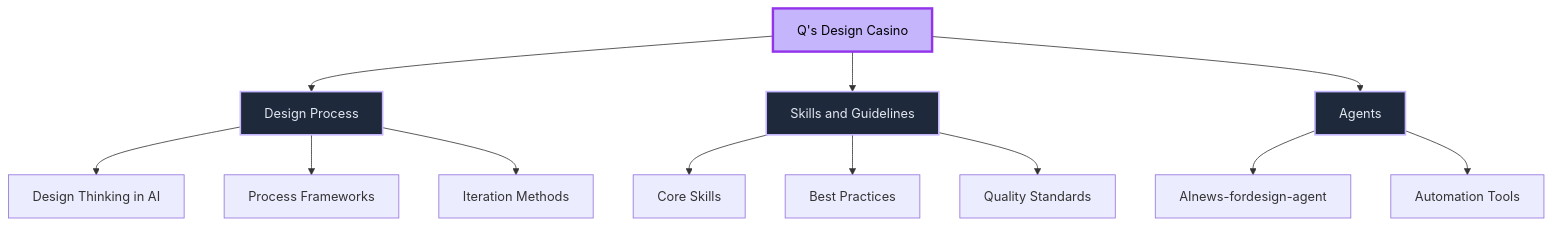
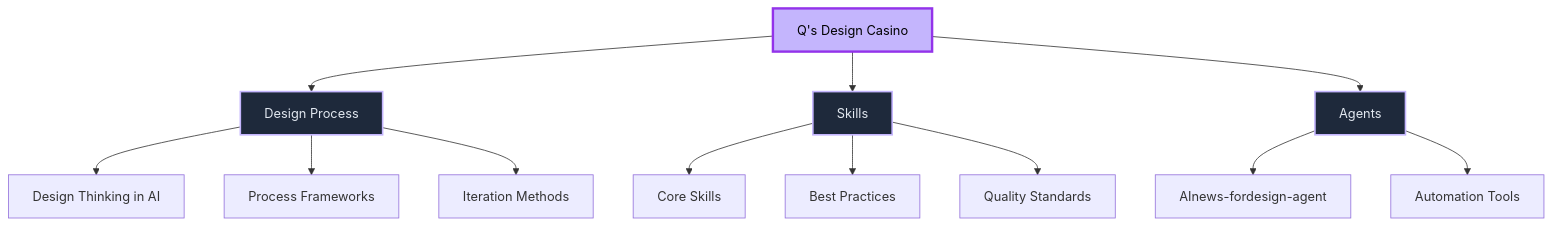
Before and after one commit to Quirinevwm/qs-design-casino: the diagram in README.md, drawn with Mermaid. The commit also changed other lines of this file and 2 other files, not shown here.

Commit message:
Rename skills-and-guidelines to skills
Simplified folder name for clarity.
Updated main README references and mermaid diagram.

````diff
--- a/README.md
+++ b/README.md
@@ -30,22 +30,22 @@
 ```mermaid
 graph TD
     A[Q's Design Casino] --> B[Design Process]
-    A --> C[Skills and Guidelines]
+    A --> C[Skills]
     A --> D[Agents]
     
     B --> B1[Design Thinking in AI]
     B --> B2[Process Frameworks]
     B --> B3[Iteration Methods]
     
     C --> C1[Core Skills]
     C --> C2[Best Practices]
     C --> C3[Quality Standards]
     
     D --> D1[AInews-fordesign-agent]
     D --> D2[Automation Tools]
     
     style A fill:#c4b5fd,stroke:#9333ea,stroke-width:3px,color:#000
     style B fill:#1e293b,stroke:#c4b5fd,stroke-width:2px,color:#e2e8f0
     style C fill:#1e293b,stroke:#c4b5fd,stroke-width:2px,color:#e2e8f0
     style D fill:#1e293b,stroke:#c4b5fd,stroke-width:2px,color:#e2e8f0
 ```
````
